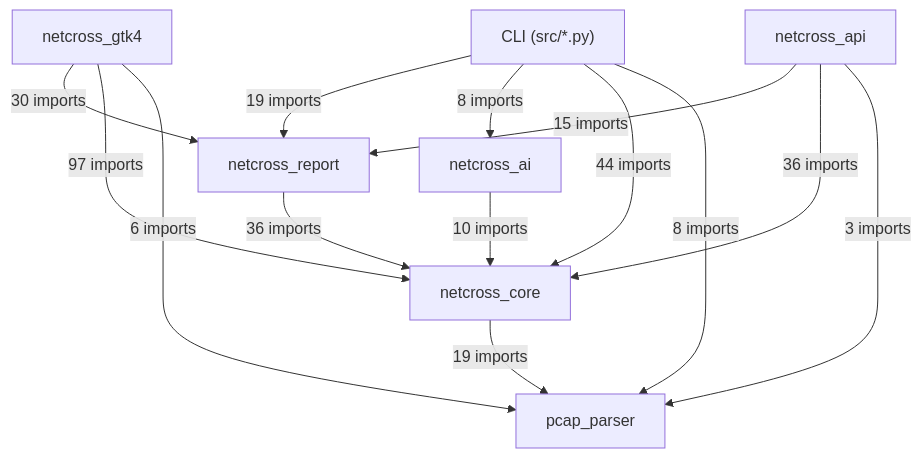
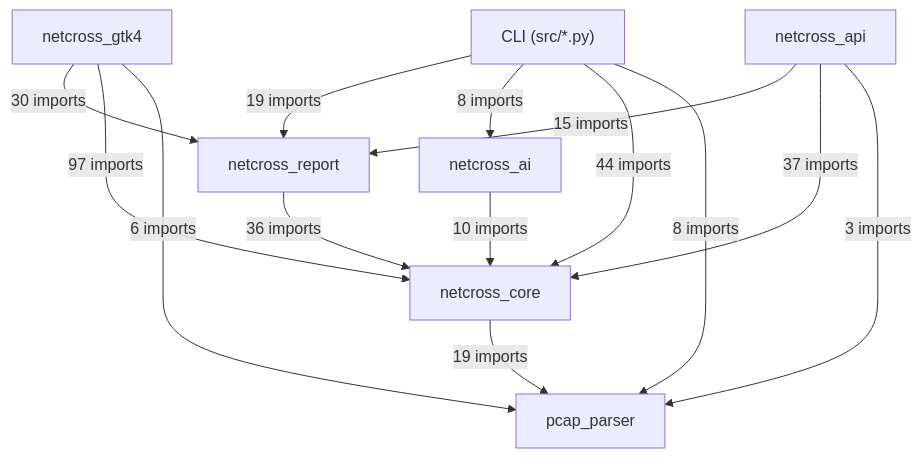
One commit to Mathide-Team/Netcross changed the first of 20 diagrams in docs/class-diagram.md. Above: the diagram before and after it, drawn with Mermaid. The commit also changed other lines of this file and 6 other files, not shown here.

````diff
--- a/docs/class-diagram.md
+++ b/docs/class-diagram.md
@@ -26,23 +26,23 @@
 ```mermaid
 flowchart TD
     CLI["CLI (src/*.py)"]
     netcross_gtk4["netcross_gtk4"]
     netcross_api["netcross_api"]
     netcross_report["netcross_report"]
     netcross_ai["netcross_ai"]
     netcross_core["netcross_core"]
     pcap_parser["pcap_parser"]
     CLI -->|"19 imports"| netcross_report
     CLI -->|"8 imports"| netcross_ai
     CLI -->|"44 imports"| netcross_core
     CLI -->|"8 imports"| pcap_parser
     netcross_gtk4 -->|"30 imports"| netcross_report
     netcross_gtk4 -->|"97 imports"| netcross_core
     netcross_gtk4 -->|"6 imports"| pcap_parser
     netcross_api -->|"15 imports"| netcross_report
-    netcross_api -->|"36 imports"| netcross_core
+    netcross_api -->|"37 imports"| netcross_core
     netcross_api -->|"3 imports"| pcap_parser
     netcross_report -->|"36 imports"| netcross_core
     netcross_ai -->|"10 imports"| netcross_core
     netcross_core -->|"19 imports"| pcap_parser
 ```
````
